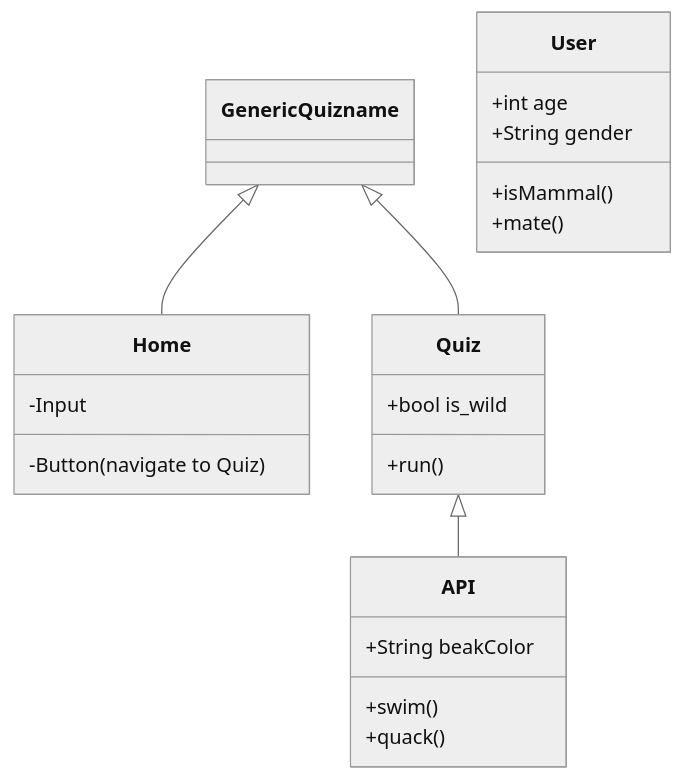
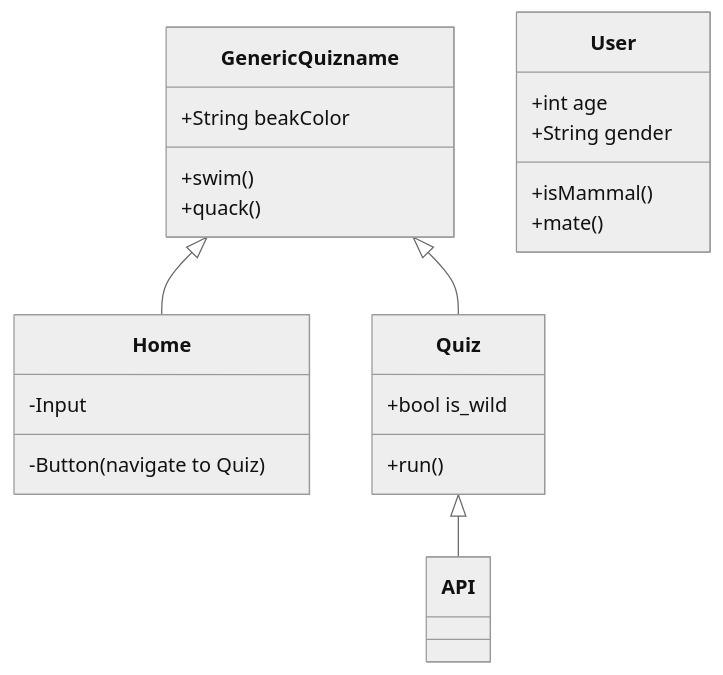
Before and after one commit to AdamAgerling/AdamAgerling-testing_typescript-quiz_app: the diagram in src/Diagrams/classDiagram.md, drawn with Mermaid (neutral theme).

````diff
--- a/src/Diagrams/classDiagram.md
+++ b/src/Diagrams/classDiagram.md
@@ -1,26 +1,26 @@
 ```mermaid
   classDiagram
     Generic Quizname <|-- Home
     Generic Quizname <|-- Quiz
     Quiz <|-- API
     User : +int age
     User : +String gender
     User: +isMammal()
     User: +mate()
 
-    class API{
+    class Generic Quizname {
         +String beakColor
         +swim()
         +quack()
     }
     class Home{
         -Input
         -Button(navigate to Quiz)
     }
     class Quiz{
         +bool is_wild
         +run()
     }
 
 
 ```
````
